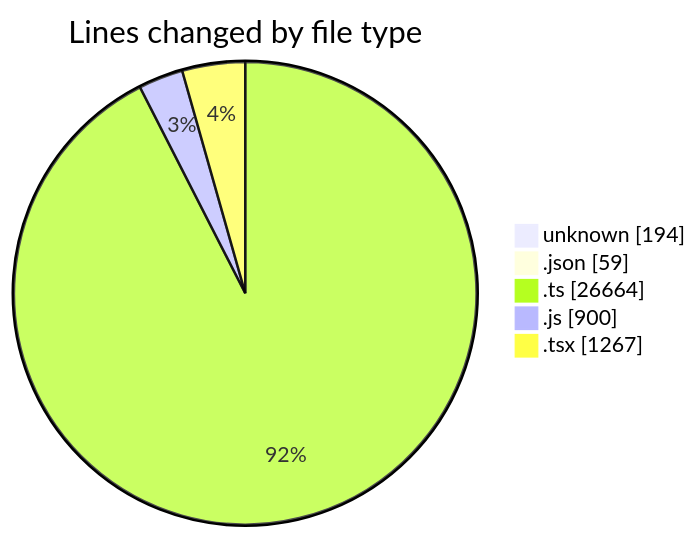
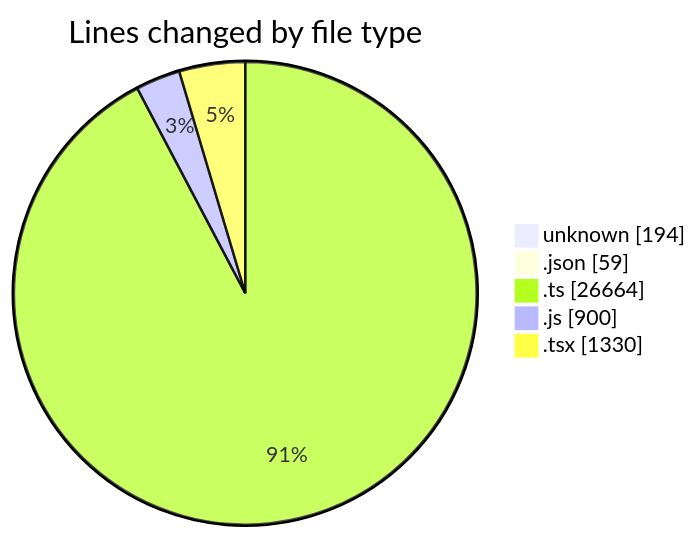
One commit to momahboobian/code-tracking changed the first of 2 diagrams in 2025-11-13/cda/README.md. Above: the diagram before and after it, drawn with Mermaid. The commit also changed other lines of this file and 1 other file, not shown here.

````diff
--- a/2025-11-13/cda/README.md
+++ b/2025-11-13/cda/README.md
@@ -35,9 +35,9 @@
 ```mermaid
 pie showData
 title Lines changed by file type
 "unknown" : 194
 ".json" : 59
 ".ts" : 26664
 ".js" : 900
-".tsx" : 1267
+".tsx" : 1330
 ```
````
